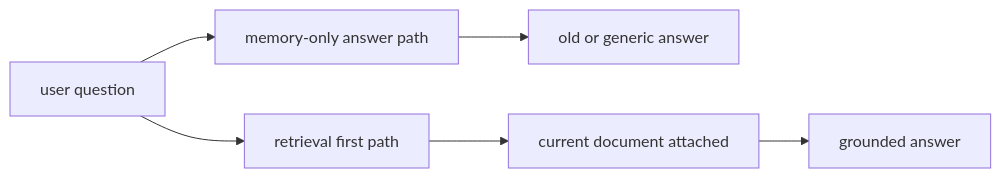
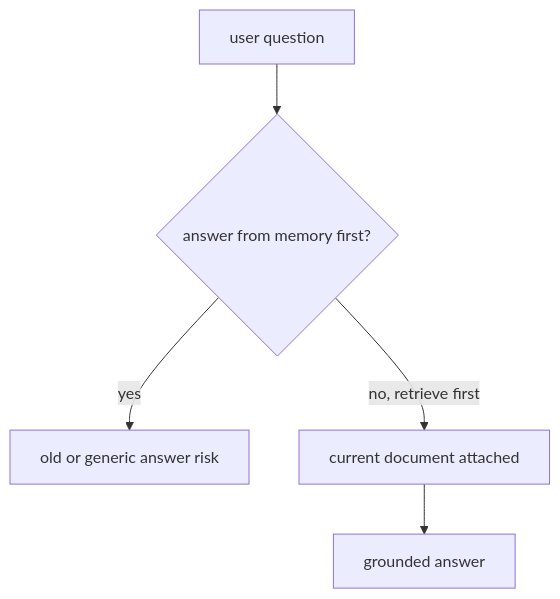
One commit to devchan64/AiBook changed the second of 2 diagrams in docs/parts/part-05/chapter-10/section-01.md. Above: the diagram before and after it, drawn with Mermaid. The commit also changed 2 other files, not shown here.

Commit message:
docs: clarify beginner-facing diagram flow

````diff
--- a/docs/parts/part-05/chapter-10/section-01.md
+++ b/docs/parts/part-05/chapter-10/section-01.md
@@ -204,12 +204,10 @@
 ```mermaid
-flowchart LR
+flowchart TD
   A["user question"]
-  B["memory-only answer path"]
-  C["retrieval first path"]
-  D["old or generic answer"]
-  E["current document attached"]
-  F["grounded answer"]
+  B{"answer from memory first?"}
 
-  A --> B --> D
-  A --> C --> E --> F
+  A --> B
+  B -->|yes| D["old or generic answer risk"]
+  B -->|no, retrieve first| E["current document attached"]
+  E --> F["grounded answer"]
 ```
````
